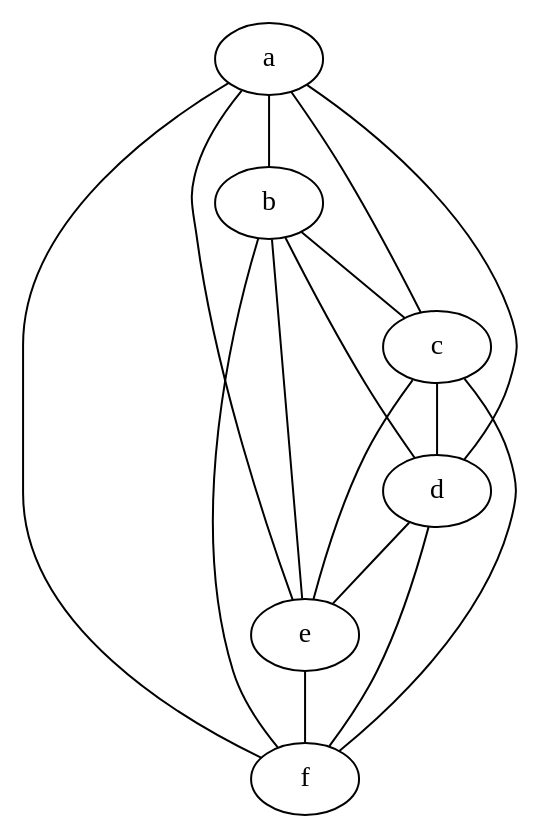
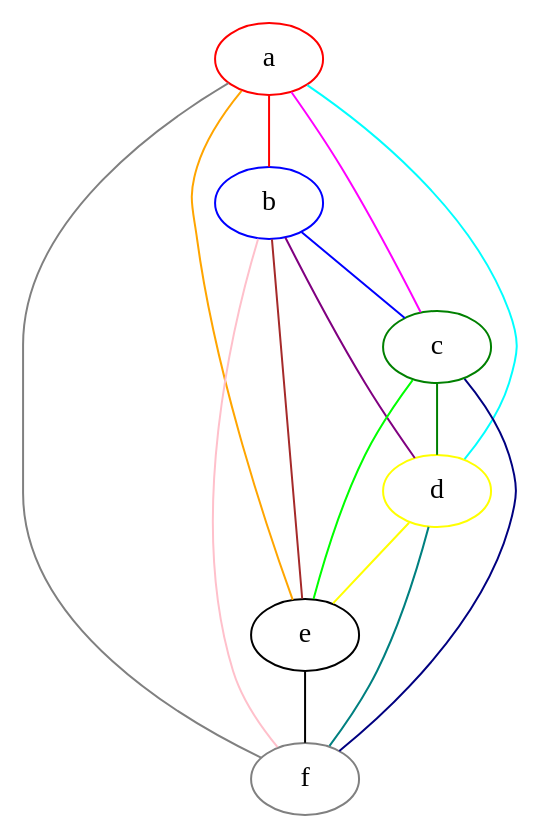
One commit to gustavomaltanv/grafos changed the diagram in grafos/graph_4.dot. Above: the diagram before and after it, drawn with Graphviz. The commit also changed 8 other files, not shown here.

```diff
--- a/grafos/graph_4.dot
+++ b/grafos/graph_4.dot
@@ -1,17 +1,23 @@
-graph {
-    a -- b;
-    b -- c;
-    c -- d;
-    d -- e;
-    e -- f;
-    a -- f;
-    a -- c;
-    a -- d;
-    a -- e;
-    b -- d;
-    b -- e;
-    b -- f;
-    c -- e;
-    c -- f;
-    d -- f;
+graph graph_4 {
+    a [color="red"];
+    b [color="blue"];
+    c [color="green"];
+    d [color="yellow"];
+    e [color="black"];
+    f [color="gray"];
+    a -- b [color="red"];
+    b -- c [color="blue"];
+    c -- d [color="green"];
+    d -- e [color="yellow"];
+    e -- f [color="black"];
+    a -- f [color="gray"];
+    a -- c [color="magenta"];
+    a -- d [color="cyan"];
+    a -- e [color="orange"];
+    b -- d [color="purple"];
+    b -- e [color="brown"];
+    b -- f [color="pink"];
+    c -- e [color="lime"];
+    c -- f [color="navy"];
+    d -- f [color="teal"];
 }
```
